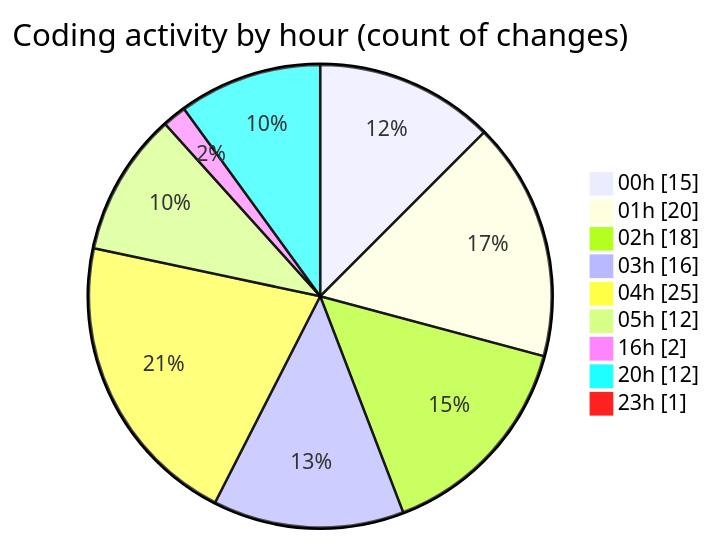
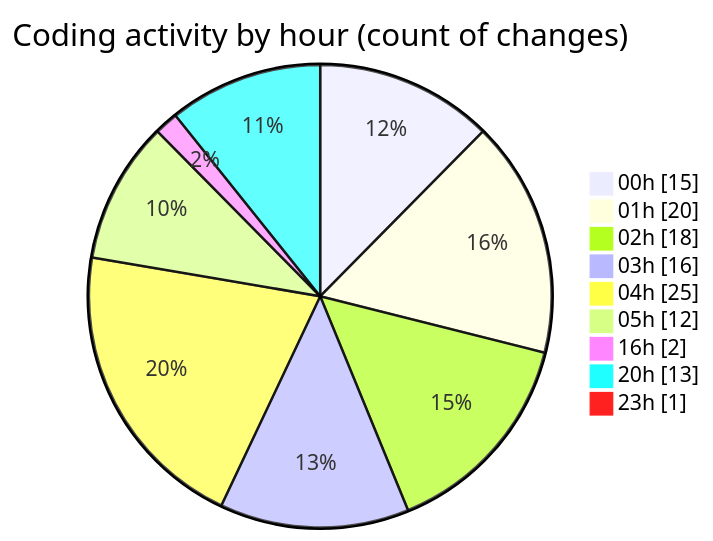
The second of 2 diagrams in 2025-08-04/studybuddy/README.md (lephambinh05/code-tracking), drawn with Mermaid before and after one commit. The commit also changed other lines of this file and 1 other file, not shown here.

````diff
--- a/2025-08-04/studybuddy/README.md
+++ b/2025-08-04/studybuddy/README.md
@@ -58,13 +58,13 @@
 ```mermaid
 pie showData
 title Coding activity by hour (count of changes)
 "00h" : 15
 "01h" : 20
 "02h" : 18
 "03h" : 16
 "04h" : 25
 "05h" : 12
 "16h" : 2
-"20h" : 12
+"20h" : 13
 "23h" : 1
 ```
````
